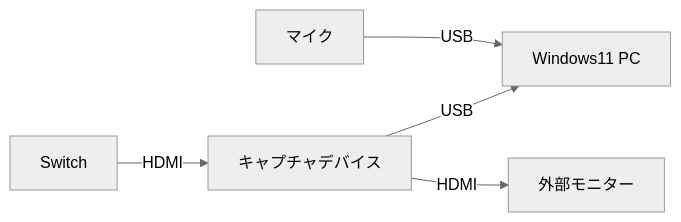
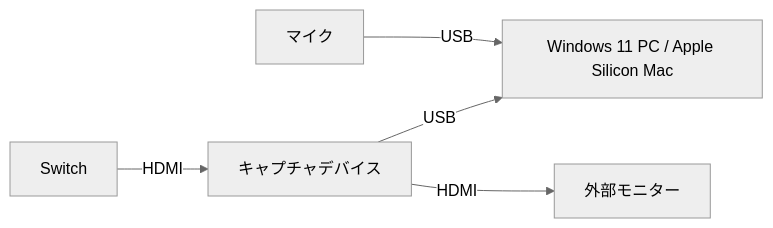
Before and after one commit to saw4405/splat-replay2: the second of 8 diagrams in docs/external_spec.md, drawn with Mermaid (neutral theme). The commit also changed other lines of this file and 13 other files, not shown here.

````diff
--- a/docs/external_spec.md
+++ b/docs/external_spec.md
@@ -88,7 +91,7 @@
 ```mermaid
 graph LR
     Switch[Switch] -- HDMI --> CaptureDevice[キャプチャデバイス]
-    CaptureDevice -- USB --> PC[Windows11 PC]
+    CaptureDevice -- USB --> PC[Windows 11 PC / Apple Silicon Mac]
     Microphone[マイク] -- USB --> PC
     CaptureDevice -- HDMI --> Monitor[外部モニター]
 ```
````
